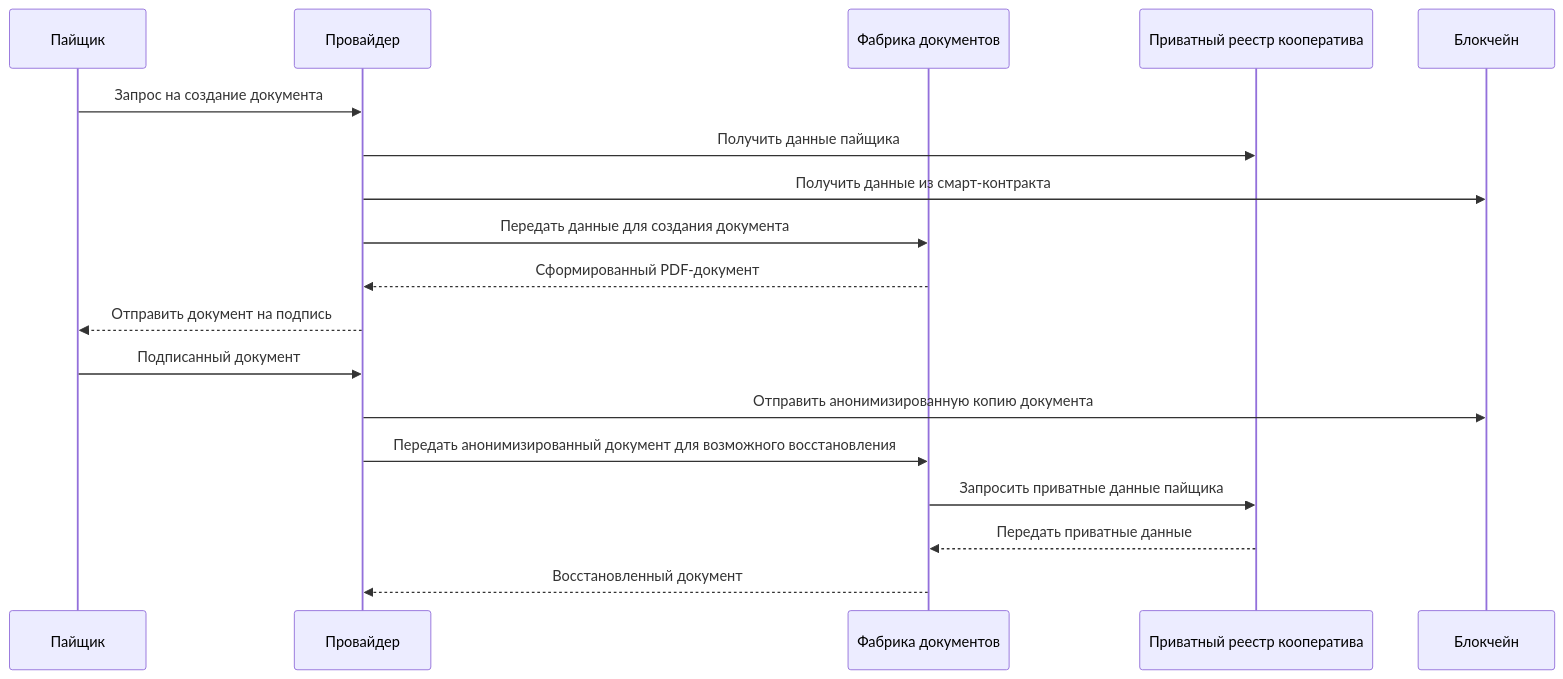
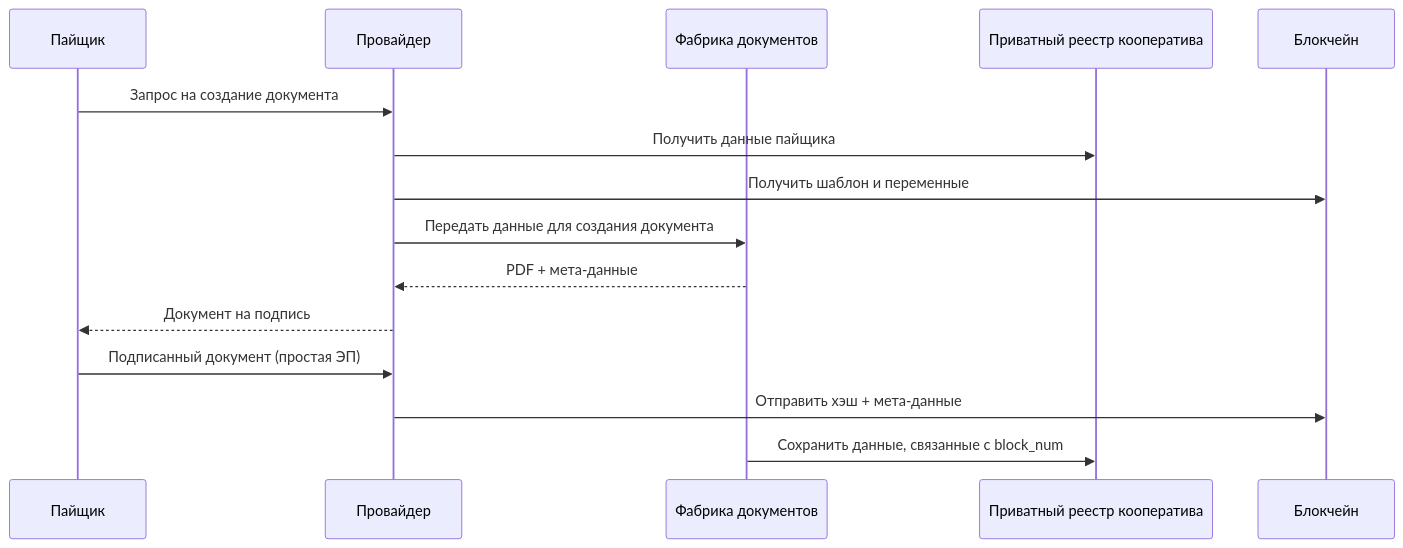
The diagram in docs/documentation/fabric/intro.md (coopenomics/coopenomics), drawn with Mermaid before and after one commit. The commit also changed other lines of this file and 5 other files, not shown here.

````diff
--- a/docs/documentation/fabric/intro.md
+++ b/docs/documentation/fabric/intro.md
@@ -2,22 +12,18 @@
 ```mermaid
 sequenceDiagram
     participant Пайщик
     participant Провайдер
     participant Фабрика as Фабрика документов
     participant Реестр as Приватный реестр кооператива
     participant Блокчейн
 
     Пайщик->>Провайдер: Запрос на создание документа
     Провайдер->>Реестр: Получить данные пайщика
-    Провайдер->>Блокчейн: Получить данные из смарт-контракта
+    Провайдер->>Блокчейн: Получить шаблон и переменные
     Провайдер->>Фабрика: Передать данные для создания документа
-    Фабрика-->>Провайдер: Сформированный PDF-документ
-    Провайдер-->>Пайщик: Отправить документ на подпись
-    Пайщик->>Провайдер: Подписанный документ
-    Провайдер->>Блокчейн: Отправить анонимизированную копию документа
-    Провайдер->>Фабрика: Передать анонимизированный документ для возможного восстановления
-    Фабрика->>Реестр: Запросить приватные данные пайщика
-    Реестр-->>Фабрика: Передать приватные данные
-    Фабрика-->>Провайдер: Восстановленный документ
-
+    Фабрика-->>Провайдер: PDF + мета-данные
+    Провайдер-->>Пайщик: Документ на подпись
+    Пайщик->>Провайдер: Подписанный документ (простая ЭП)
+    Провайдер->>Блокчейн: Отправить хэш + мета-данные
+    Фабрика->>Реестр: Сохранить данные, связанные с block_num
 ```
````
